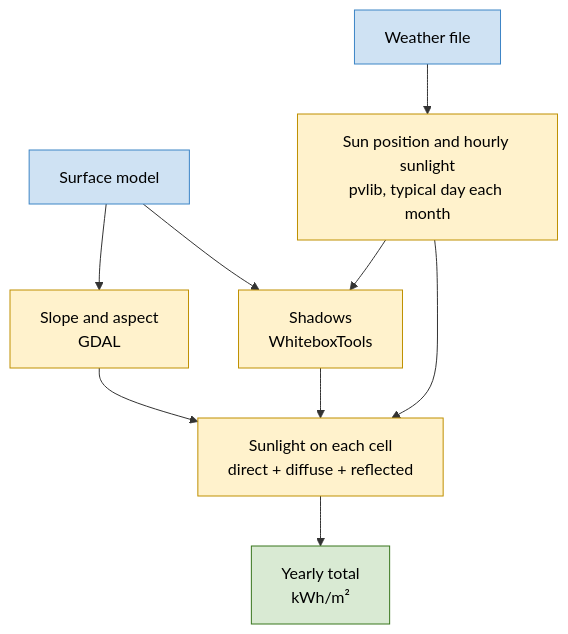
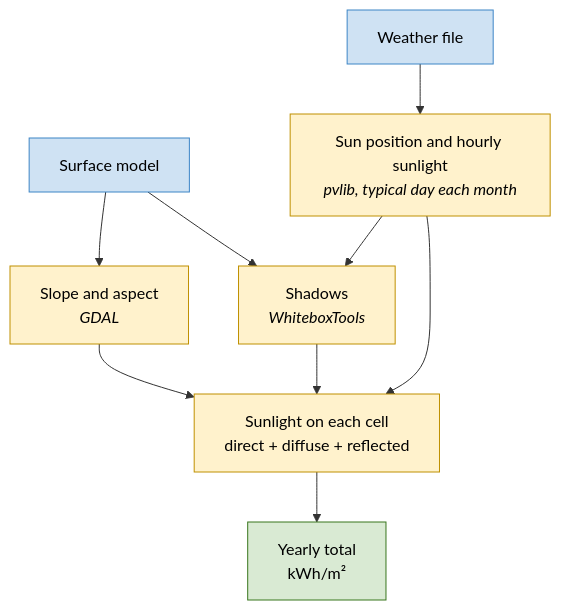
Before and after one commit to University-of-Tasmania-GPSS/AT3_Group1_2026: the second of 4 diagrams in methods.md, drawn with Mermaid. The commit also changed other lines of this file and 5 other files, not shown here.

````diff
--- a/methods.md
+++ b/methods.md
@@ -94,29 +96,29 @@
 ```{mermaid}
 flowchart TD
   A[Surface model]
   C[Weather file]
 
-  B[Slope and aspect<br>GDAL]
-  D[Sun position and hourly sunlight<br>pvlib, typical day each month]
-  E[Shadows<br>WhiteboxTools]
+  B[Slope and aspect<br><i>GDAL<i>]
+  D[Sun position and hourly sunlight<br><i>pvlib, typical day each month</i>]
+  E[Shadows<br><i>WhiteboxTools<i>]
 
   F[Sunlight on each cell<br>direct + diffuse + reflected]
   G[Yearly total<br>kWh/m²]
 
   A --> B
   A --> E
   C --> D
   D --> E
   B --> F
   D --> F
   E --> F
   F --> G
 
   classDef input fill:#cfe2f3,stroke:#3d85c6,color:#000
   classDef python fill:#fff2cc,stroke:#bf9000,color:#000
   classDef output fill:#d9ead3,stroke:#38761d,color:#000
 
   class A,C input
   class B,D,E,F python
   class G output
 ```
````
